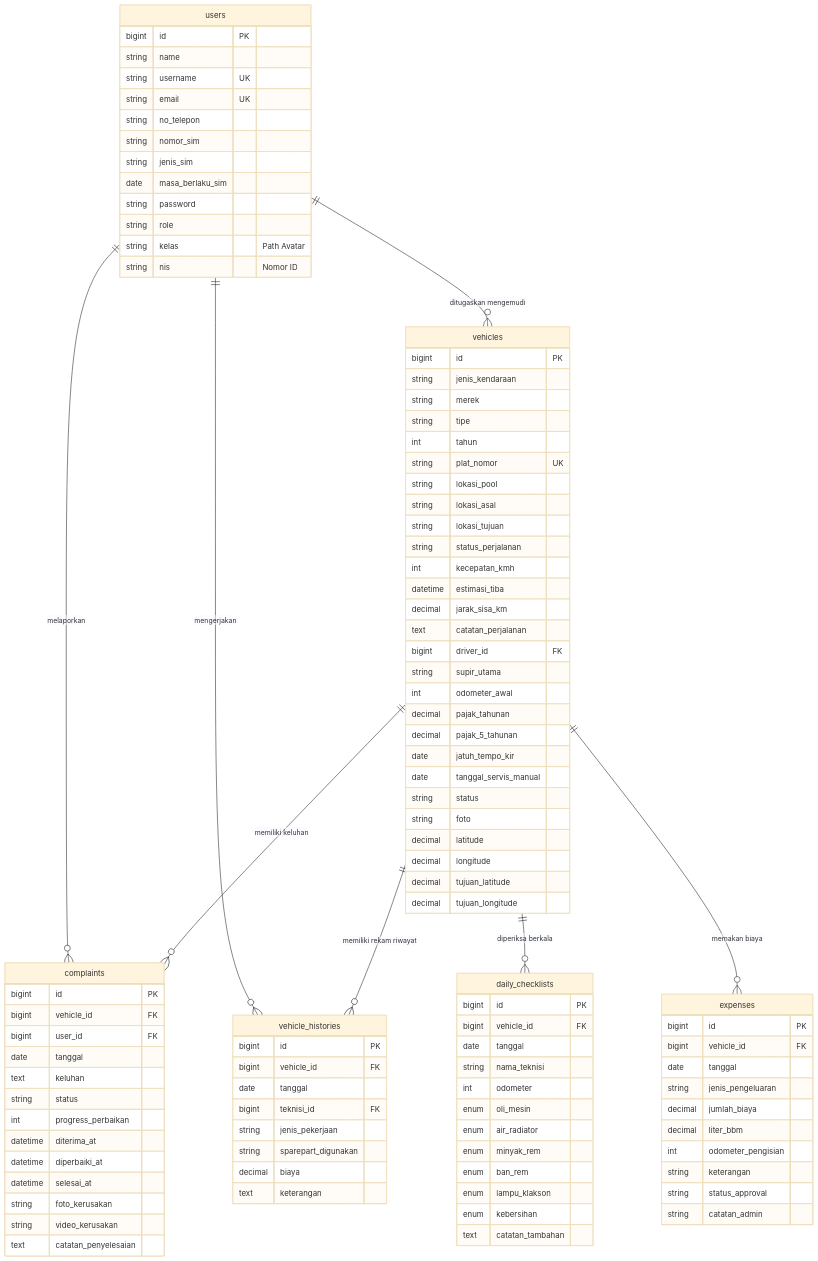
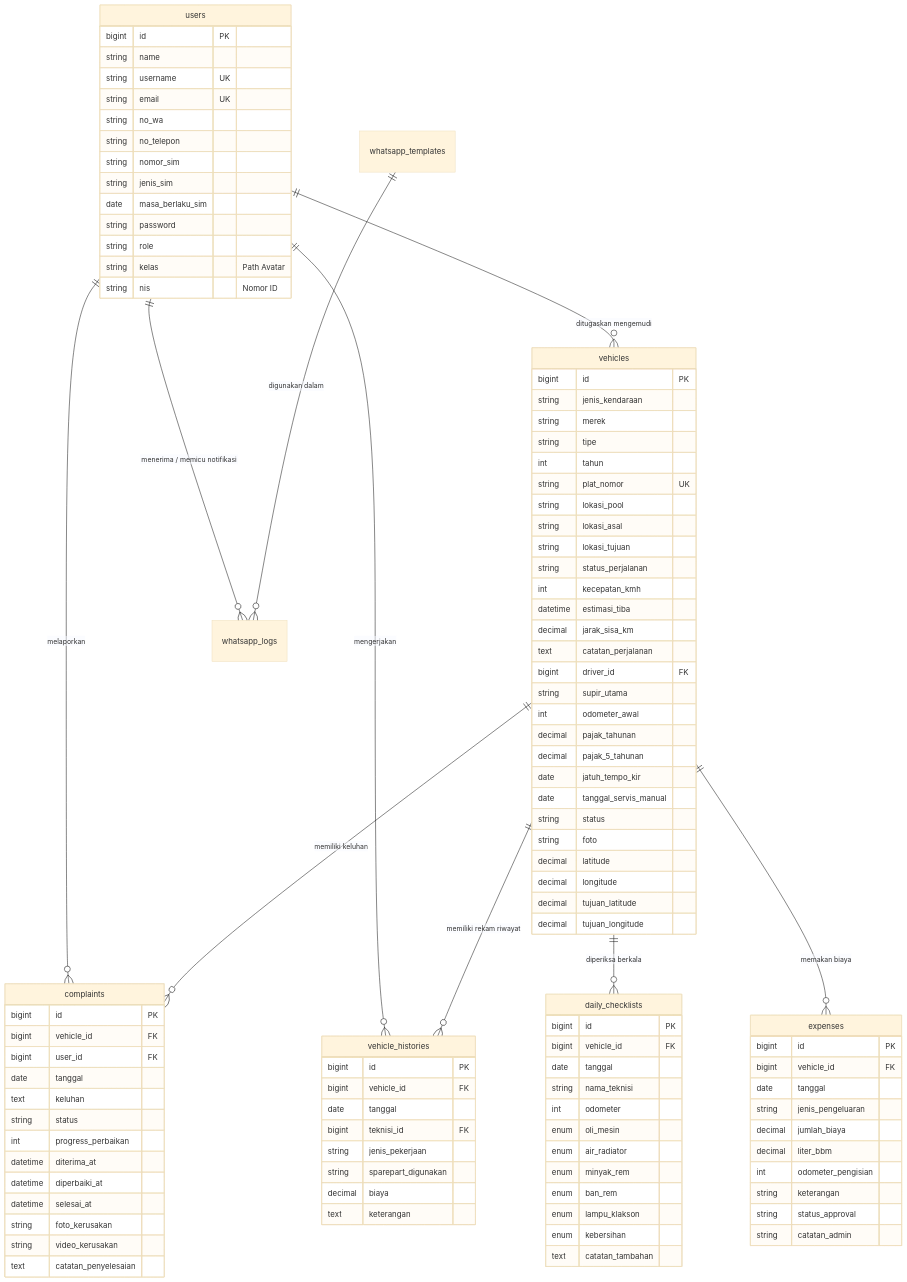
Before and after one commit to stinrhmwti/belajar_laravel: the first of 5 diagrams in doc/belajar_sistem_armada.md, drawn with Mermaid (base theme). The commit also changed other lines of this file and 26 other files, not shown here.

```diff
--- a/doc/belajar_sistem_armada.md
+++ b/doc/belajar_sistem_armada.md
@@ -389,6 +451,8 @@
     users ||--o{ complaints : "melaporkan"
     users ||--o{ vehicle_histories : "mengerjakan"
     users ||--o{ vehicles : "ditugaskan mengemudi"
+    users ||--o{ whatsapp_logs : "menerima / memicu notifikasi"
+    whatsapp_templates ||--o{ whatsapp_logs : "digunakan dalam"
     vehicles ||--o{ daily_checklists : "diperiksa berkala"
     vehicles ||--o{ expenses : "memakan biaya"
     vehicles ||--o{ complaints : "memiliki keluhan"
@@ -399,6 +463,7 @@
         string name
         string username UK
         string email UK
+        string no_wa
         string no_telepon
         string nomor_sim
         string jenis_sim
```
